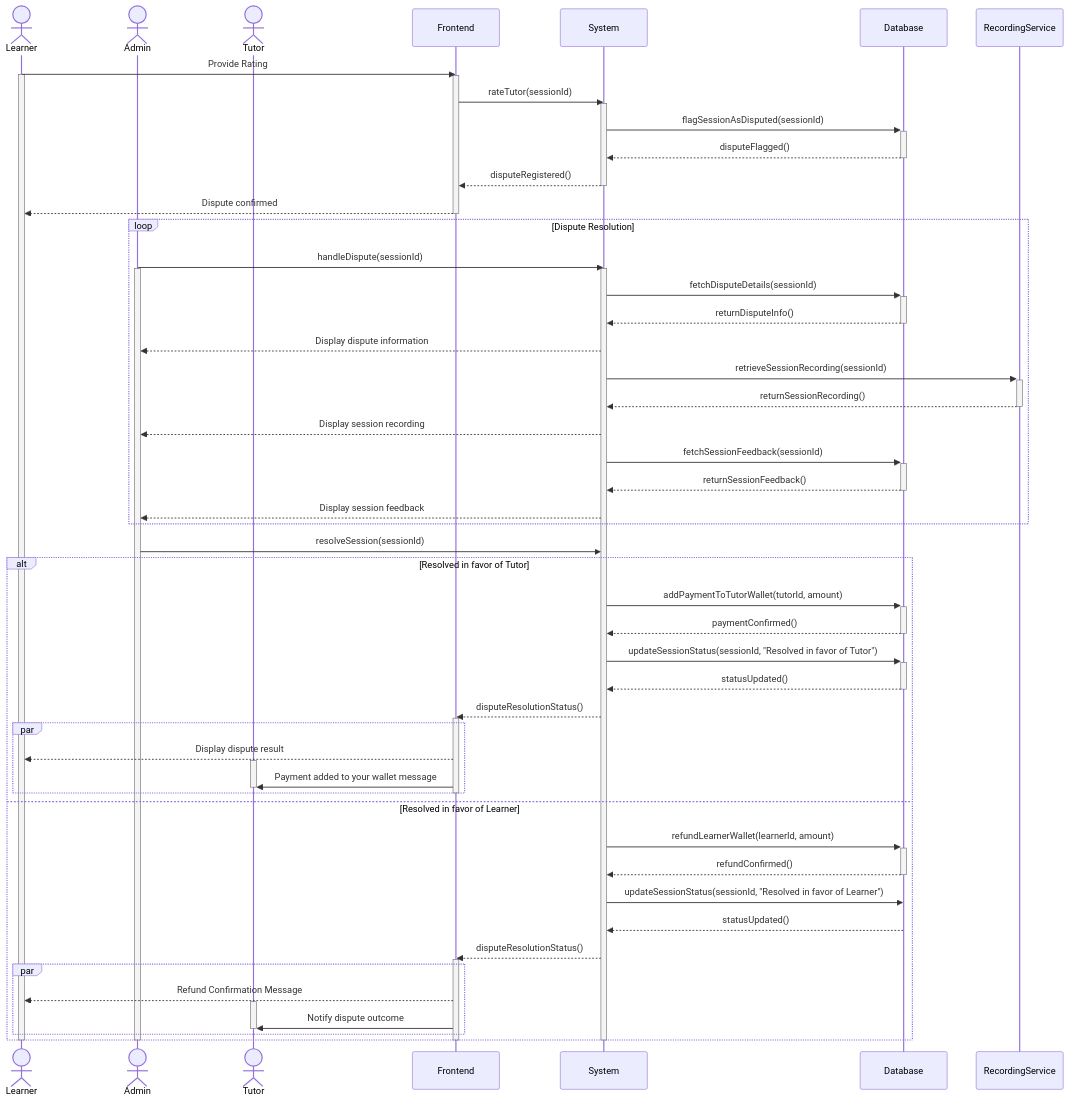
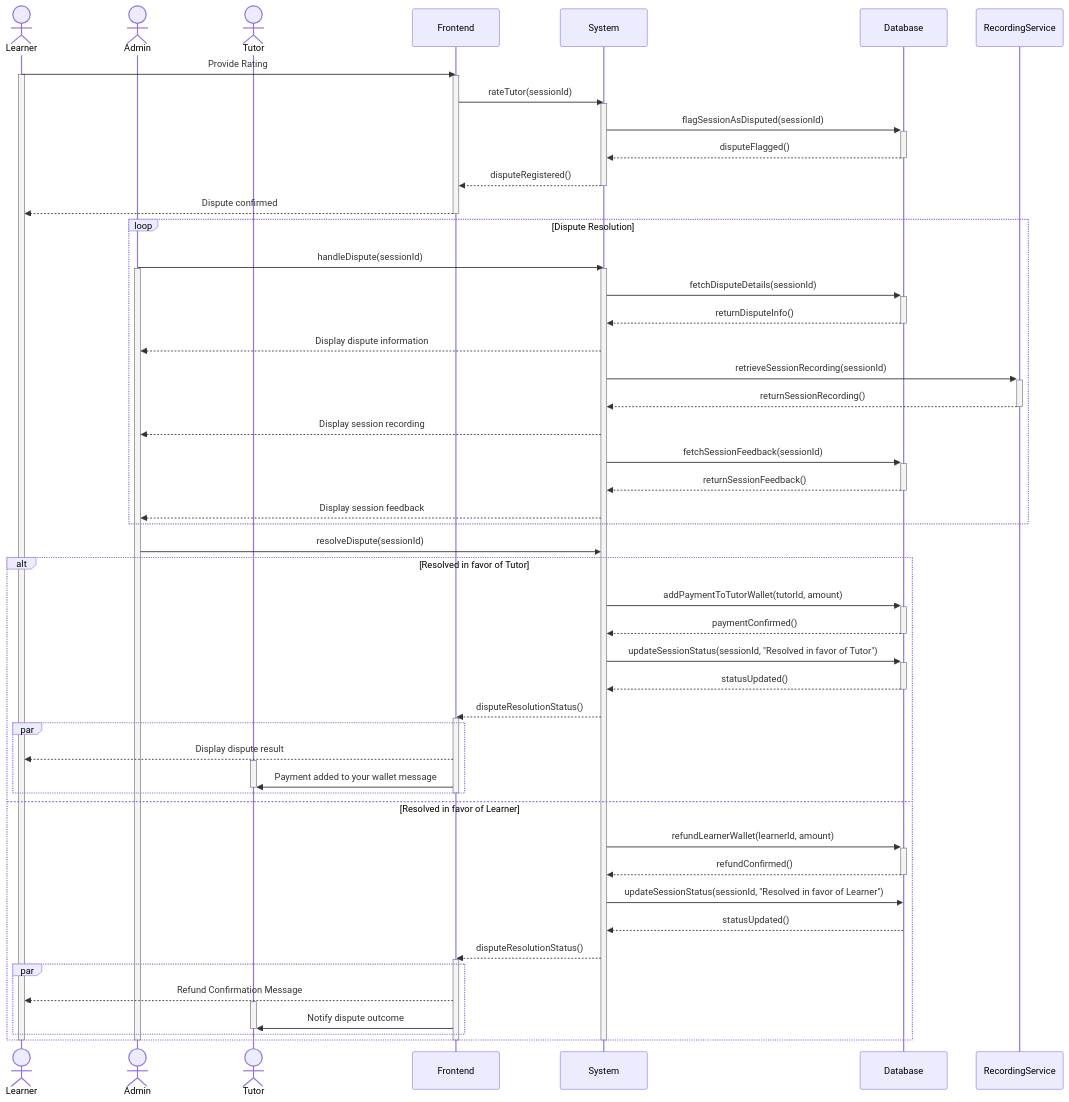
One commit to Shaar03/Diagrams changed the diagram in disputeHandling.mermaid. Above: the diagram before and after it, drawn with Mermaid.

```diff
--- a/disputeHandling.mermaid
+++ b/disputeHandling.mermaid
@@ -1,72 +1,72 @@
 sequenceDiagram
     actor Learner
     actor Admin
     actor Tutor
     participant Frontend
     participant System
     participant Database
     participant RecordingService
 
     Learner->>Frontend: Provide Rating
     activate Learner
     activate Frontend
     Frontend->>System: rateTutor(sessionId)
     activate System
     System->>+Database: flagSessionAsDisputed(sessionId)
     Database-->>-System: disputeFlagged()
     System-->>Frontend: disputeRegistered()
     deactivate System
     Frontend-->>Learner: Dispute confirmed
     deactivate Frontend
 
     loop Dispute Resolution
         Admin->>System: handleDispute(sessionId)
         activate System
         activate Admin
         System->>+Database: fetchDisputeDetails(sessionId)
         Database-->>-System: returnDisputeInfo()
         System-->>Admin: Display dispute information
         System->>+RecordingService: retrieveSessionRecording(sessionId)
         RecordingService-->>-System: returnSessionRecording()
         System-->>Admin: Display session recording
 
         System->>+Database: fetchSessionFeedback(sessionId)
         Database-->>-System: returnSessionFeedback()
         System-->>Admin: Display session feedback
     end
 
-    Admin->>System: resolveSession(sessionId)
+    Admin->>System: resolveDispute(sessionId)
     alt Resolved in favor of Tutor
         System->>+Database: addPaymentToTutorWallet(tutorId, amount)
         Database-->>-System: paymentConfirmed()
         System->>+Database: updateSessionStatus(sessionId, "Resolved in favor of Tutor")
         Database-->>-System: statusUpdated()
         System-->>Frontend: disputeResolutionStatus()
         activate Frontend
 
         par
             Frontend-->>Learner: Display dispute result
             activate Tutor
             Frontend->>Tutor: Payment added to your wallet message
             deactivate Tutor
         end
         deactivate Frontend
     else Resolved in favor of Learner
         System->>+Database: refundLearnerWallet(learnerId, amount)
         Database-->>-System: refundConfirmed()
         System->>Database: updateSessionStatus(sessionId, "Resolved in favor of Learner")
         Database-->>System: statusUpdated()
         System-->>Frontend: disputeResolutionStatus()
         activate Frontend
 
         par
             Frontend-->>Learner: Refund Confirmation Message
             activate Tutor
             Frontend->>Tutor: Notify dispute outcome
             deactivate Tutor
         end
     end
     deactivate System
     deactivate Frontend
     deactivate Admin
     deactivate Learner
```
